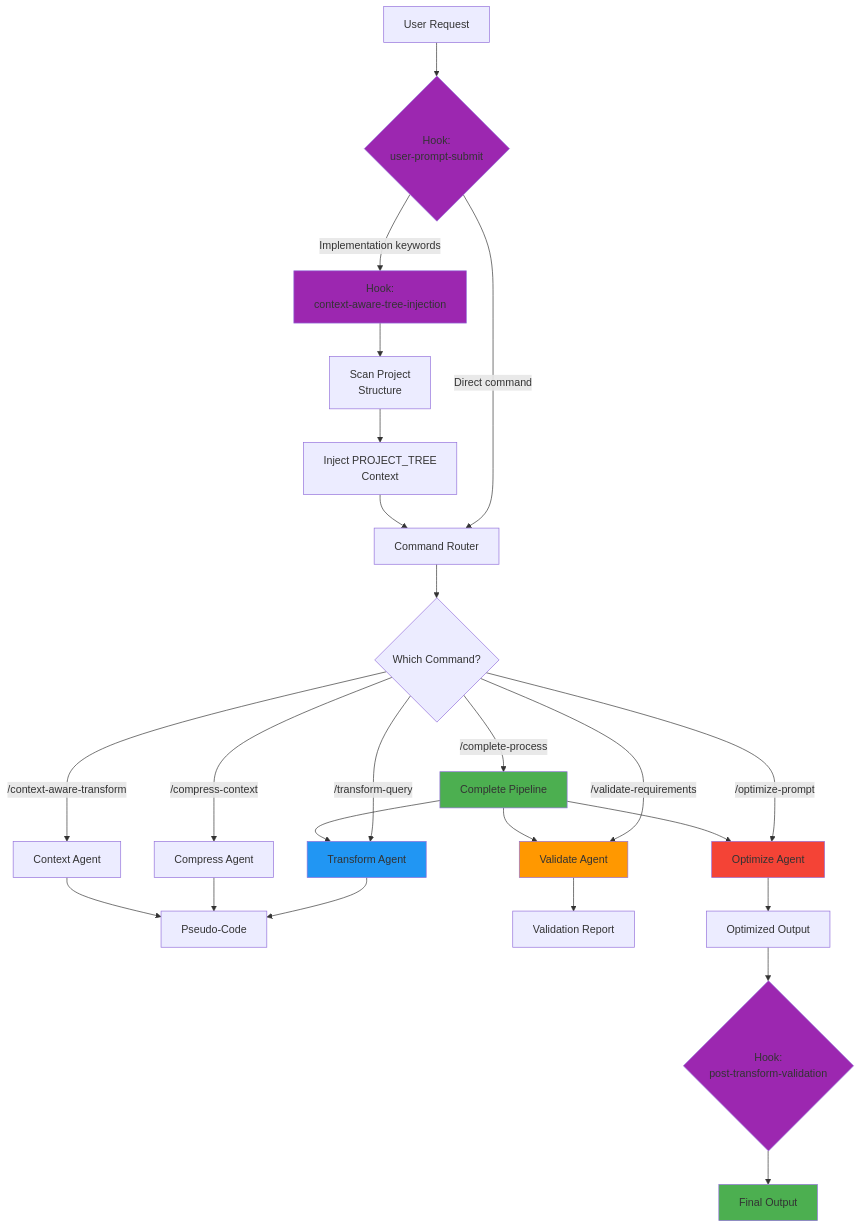
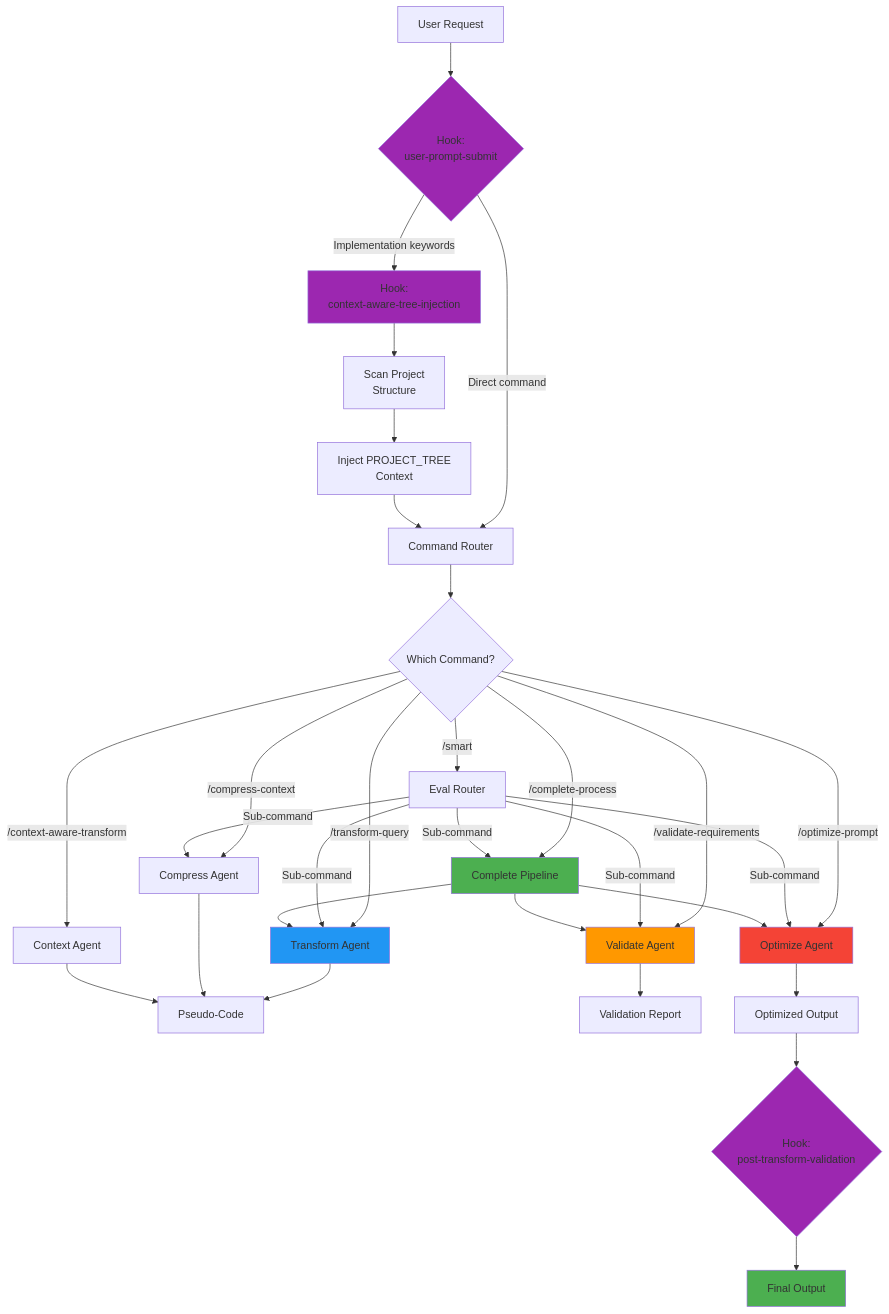
One commit to EladAriel/pseudo-code-prompting-plugin changed the first of 2 diagrams in docs/ARCHITECTURE.md. Above: the diagram before and after it, drawn with Mermaid. The commit also changed other lines of this file and 10 other files, not shown here.

Commit message:
new smart routing command

````diff
--- a/docs/ARCHITECTURE.md
+++ b/docs/ARCHITECTURE.md
@@ -10,40 +10,47 @@
 ```mermaid
 flowchart TD
     A[User Request] --> B{Hook:<br/>user-prompt-submit}
     B -->|Implementation keywords| C[Hook:<br/>context-aware-tree-injection]
     C --> D[Scan Project<br/>Structure]
     D --> E[Inject PROJECT_TREE<br/>Context]
     B -->|Direct command| F[Command Router]
     E --> F
 
     F --> G{Which Command?}
 
+    G -->|/smart| EV[Eval Router]
     G -->|/complete-process| H[Complete Pipeline]
     G -->|/transform-query| I[Transform Agent]
     G -->|/compress-context| J[Compress Agent]
     G -->|/validate-requirements| K[Validate Agent]
     G -->|/optimize-prompt| L[Optimize Agent]
     G -->|/context-aware-transform| M[Context Agent]
+
+    EV -->|Sub-command| H
+    EV -->|Sub-command| I
+    EV -->|Sub-command| J
+    EV -->|Sub-command| K
+    EV -->|Sub-command| L
 
     H --> I
     I --> N[Pseudo-Code]
     H --> K
     K --> O[Validation Report]
     H --> L
     L --> P[Optimized Output]
 
     J --> N
     M --> N
 
     P --> Q{Hook:<br/>post-transform-validation}
     Q --> R[Final Output]
 
     style B fill:#9C27B0
     style C fill:#9C27B0
     style Q fill:#9C27B0
     style H fill:#4CAF50
     style I fill:#2196F3
     style K fill:#FF9800
     style L fill:#F44336
     style R fill:#4CAF50
 ```
````
